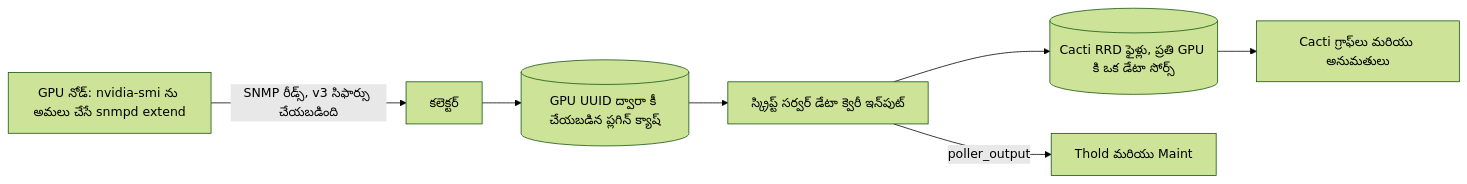
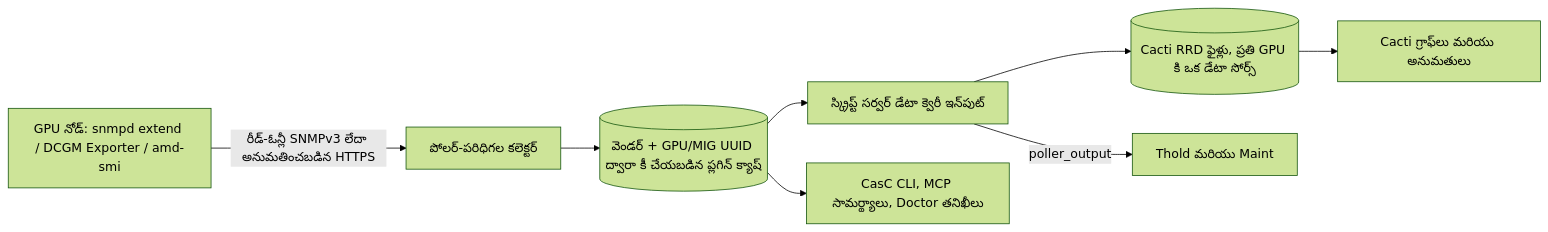
One commit to somethingwithproof/plugin_gpu changed the diagram in docs/i18n/te-IN/README.md. Above: the diagram before and after it, drawn with Mermaid (forest theme). The commit also changed other lines of this file and 47 other files, not shown here.

````diff
--- a/docs/i18n/te-IN/README.md
+++ b/docs/i18n/te-IN/README.md
@@ -104,9 +104,10 @@
 ```mermaid
 flowchart LR
-    NODE["GPU నోడ్: nvidia-smi ను అమలు చేసే snmpd extend"] -->|"SNMP రీడ్స్, v3 సిఫార్సు చేయబడింది"| C["కలెక్టర్"]
-    C --> CACHE[("GPU UUID ద్వారా కీ చేయబడిన ప్లగిన్ క్యాష్")]
+    NODE["GPU నోడ్: snmpd extend / DCGM Exporter / amd-smi"] -->|"రీడ్-ఓన్లీ SNMPv3 లేదా అనుమతించబడిన HTTPS"| C["పోలర్-పరిధిగల కలెక్టర్"]
+    C --> CACHE[("వెండర్ + GPU/MIG UUID ద్వారా కీ చేయబడిన ప్లగిన్ క్యాష్")]
     CACHE --> SS["స్క్రిప్ట్ సర్వర్ డేటా క్వెరీ ఇన్‌పుట్"]
+    CACHE --> ECO["CasC CLI, MCP సామర్థ్యాలు, Doctor తనిఖీలు"]
     SS --> RRD[("Cacti RRD ఫైళ్లు, ప్రతి GPU కి ఒక డేటా సోర్స్")]
     SS -->|poller_output| T["Thold మరియు Maint"]
     RRD --> G["Cacti గ్రాఫ్‌లు మరియు అనుమతులు"]
 ```
````
